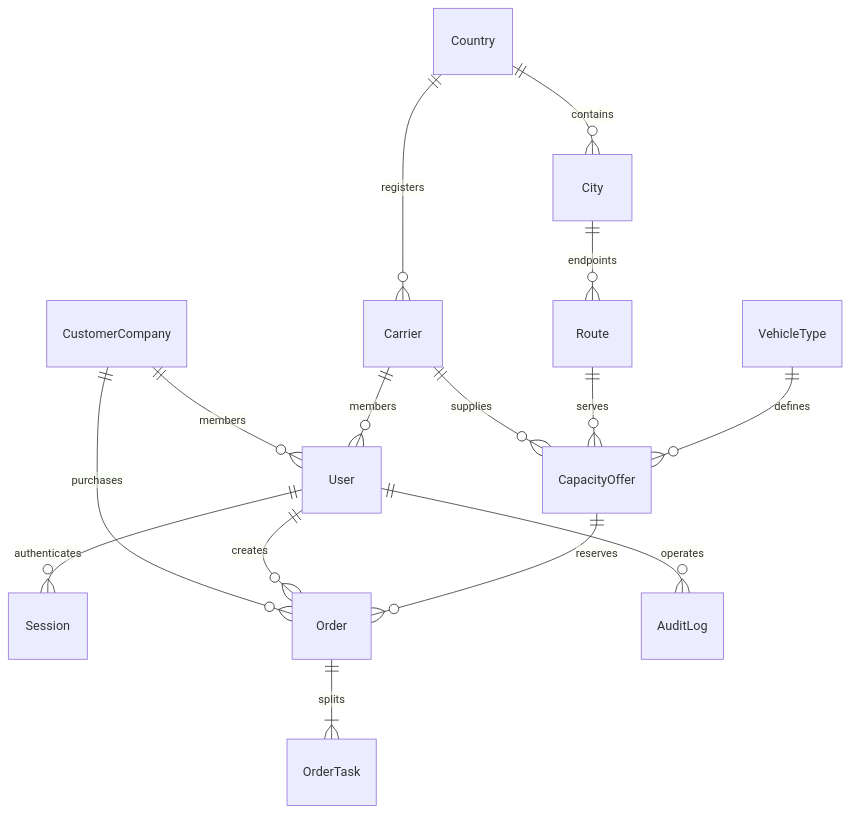
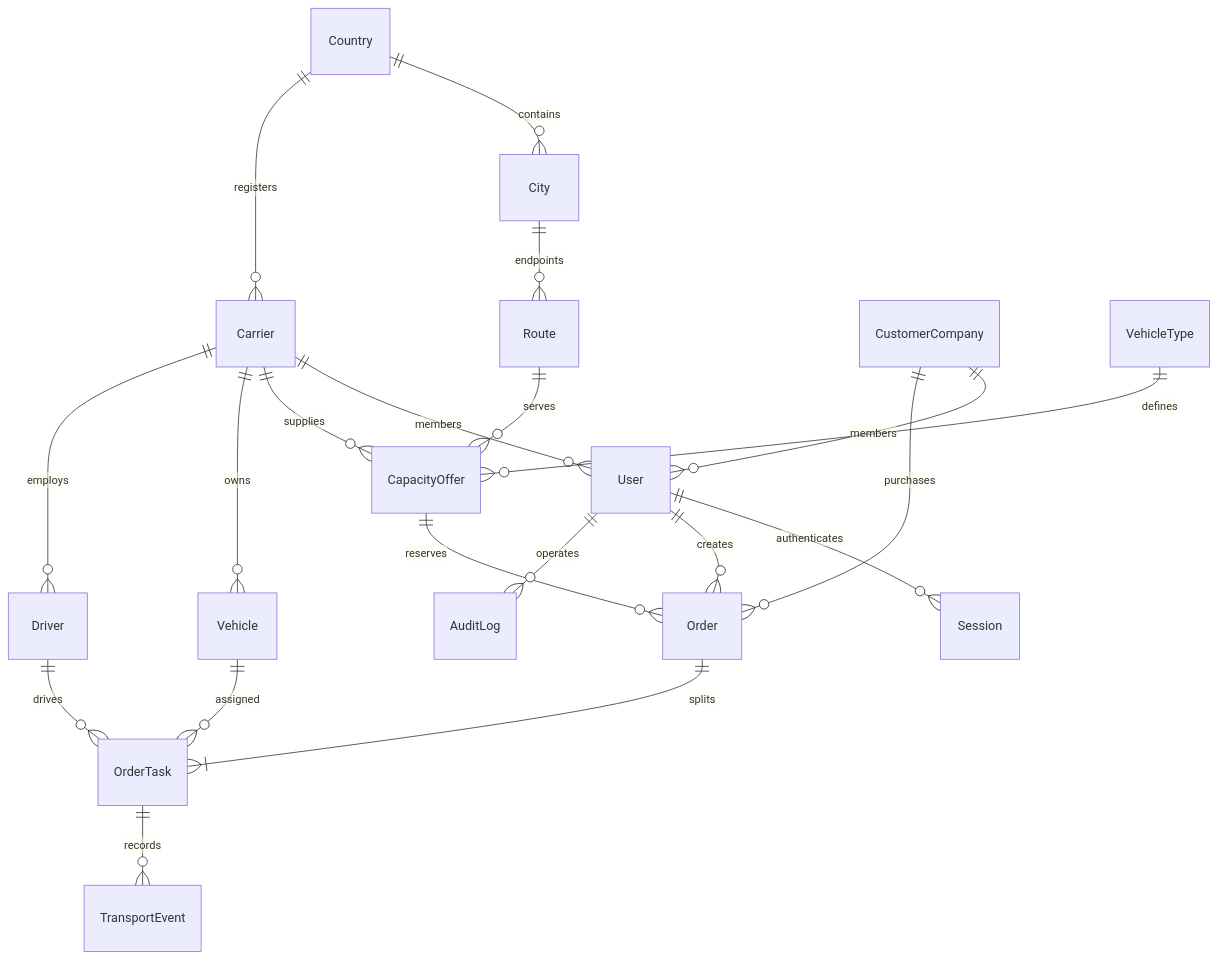
Before and after one commit to object-tao/TruckLink: the diagram in docs/architecture.md, drawn with Mermaid. The commit also changed other lines of this file and 17 other files, not shown here.

````diff
--- a/docs/architecture.md
+++ b/docs/architecture.md
@@ -19,17 +19,22 @@
 ```mermaid
 erDiagram
  Country ||--o{ City : contains
  Country ||--o{ Carrier : registers
  City ||--o{ Route : endpoints
  CustomerCompany ||--o{ User : members
  Carrier ||--o{ User : members
  User ||--o{ Session : authenticates
  Carrier ||--o{ CapacityOffer : supplies
  Route ||--o{ CapacityOffer : serves
  VehicleType ||--o{ CapacityOffer : defines
  CustomerCompany ||--o{ Order : purchases
  User ||--o{ Order : creates
  CapacityOffer ||--o{ Order : reserves
  Order ||--|{ OrderTask : splits
+ Carrier ||--o{ Vehicle : owns
+ Carrier ||--o{ Driver : employs
+ Vehicle ||--o{ OrderTask : assigned
+ Driver ||--o{ OrderTask : drives
+ OrderTask ||--o{ TransportEvent : records
  User ||--o{ AuditLog : operates
 ```
````
